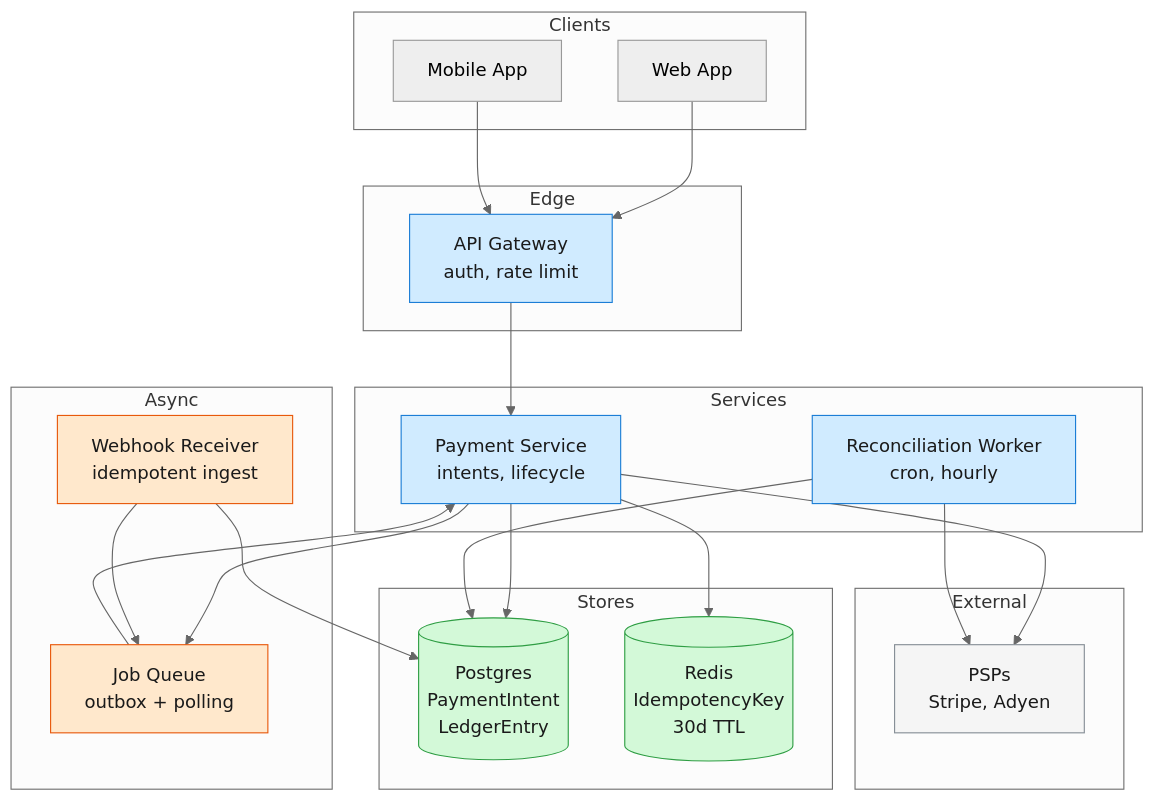
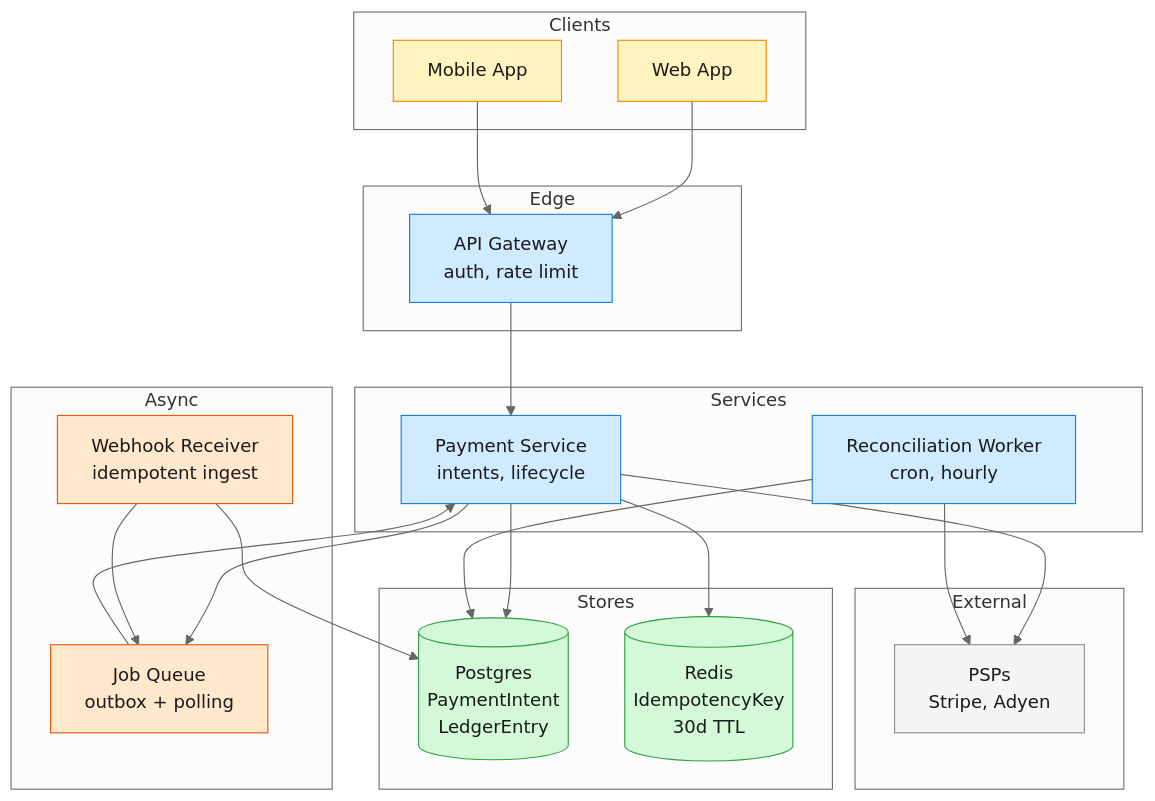
One commit to iliazlobin/iliazlobin.github.io changed the second of 3 diagrams in _posts/2026-07-02-system-design-payment-system.md. Above: the diagram before and after it, drawn with Mermaid (neutral theme). The commit also changed other lines of this file and 45 other files, not shown here.

First line of the commit message:
Republish all posts from Notion: fix mermaid errors, drop §7 Trade-offs (#88)

````diff
--- a/_posts/2026-07-02-system-design-payment-system.md
+++ b/_posts/2026-07-02-system-design-payment-system.md
@@ -111,53 +112,54 @@
 ```mermaid
 graph TB
     subgraph Clients["Clients"]
         Web[Web App]
         Mobile[Mobile App]
     end
 
     subgraph Edge["Edge"]
         GW[API Gateway<br/>auth, rate limit]
     end
 
     subgraph Services["Services"]
         PS[Payment Service<br/>intents, lifecycle]
         Recon[Reconciliation Worker<br/>cron, hourly]
     end
 
     subgraph Stores["Stores"]
         DB[(Postgres<br/>PaymentIntent<br/>LedgerEntry)]
         Redis[(Redis<br/>IdempotencyKey<br/>30d TTL)]
     end
 
     subgraph Async["Async"]
         Queue[Job Queue<br/>outbox + polling]
         Webhook[Webhook Receiver<br/>idempotent ingest]
     end
 
     subgraph External["External"]
         PSPs[PSPs<br/>Stripe, Adyen]
     end
 
     Web --> GW
     Mobile --> GW
     GW --> PS
     PS --> DB
     PS --> Redis
     PS --> Queue
     Queue --> PS
     Webhook --> Queue
     Webhook --> DB
     PS --> PSPs
     Recon --> DB
     Recon --> PSPs
 
     classDef edge fill:#fff3bf,stroke:#f08c00,color:#1a1a1a
     classDef svc fill:#d0ebff,stroke:#1c7ed6,color:#1a1a1a
     classDef store fill:#d3f9d8,stroke:#2f9e44,color:#1a1a1a
     classDef async fill:#ffe8cc,stroke:#e8590c,color:#1a1a1a
     classDef ext fill:#f5f5f5,stroke:#868e96,color:#1a1a1a
     class GW,PS,Recon svc
     class DB,Redis store
     class Queue,Webhook async
     class PSPs ext
+    class Web,Mobile edge
 ```
````
